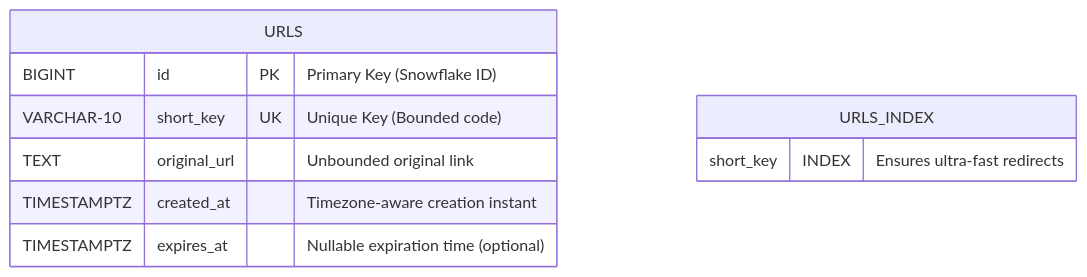
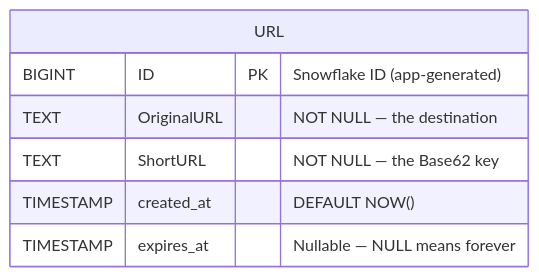
Before and after one commit to tarunahuja19/TinyURL: the first of 3 diagrams in docs/backend/database_schema_design.md, drawn with Mermaid. The commit also changed other lines of this file and 4 other files, not shown here.

````diff
--- a/docs/backend/database_schema_design.md
+++ b/docs/backend/database_schema_design.md
@@ -13,14 +432,10 @@
 ```mermaid
 erDiagram
-    URLS {
-        BIGINT id PK "Primary Key (Snowflake ID)"
-        VARCHAR-10 short_key UK "Unique Key (Bounded code)"
-        TEXT original_url "Unbounded original link"
-        TIMESTAMPTZ created_at "Timezone-aware creation instant"
-        TIMESTAMPTZ expires_at "Nullable expiration time (optional)"
-    }
-    
-    URLS_INDEX {
-        short_key INDEX "Ensures ultra-fast redirects"
+    URL {
+        BIGINT ID PK "Snowflake ID (app-generated)"
+        TEXT OriginalURL "NOT NULL — the destination"
+        TEXT ShortURL "NOT NULL — the Base62 key"
+        TIMESTAMP created_at "DEFAULT NOW()"
+        TIMESTAMP expires_at "Nullable — NULL means forever"
     }
 ```
````
